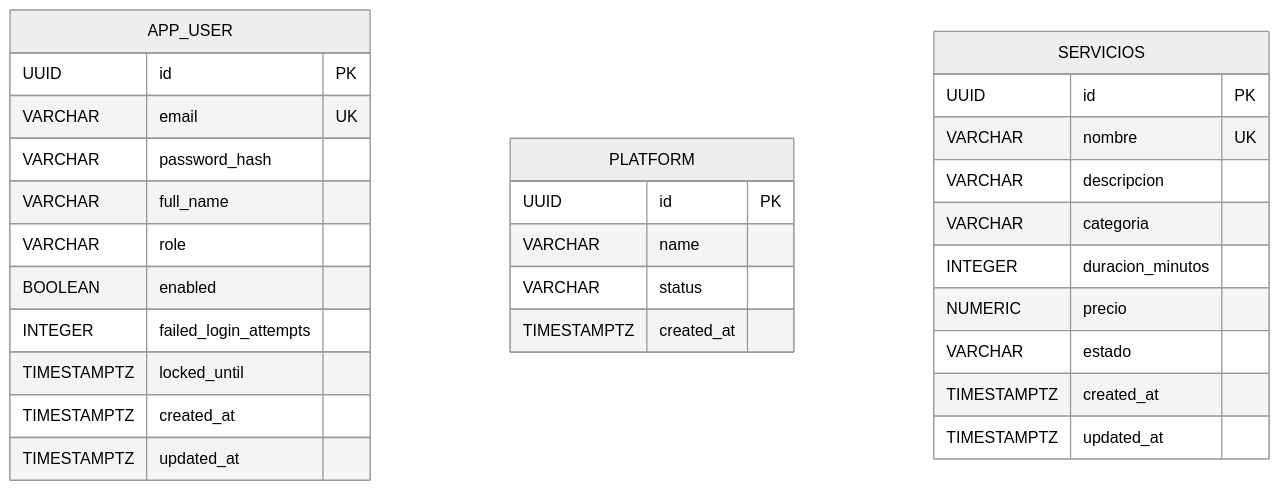
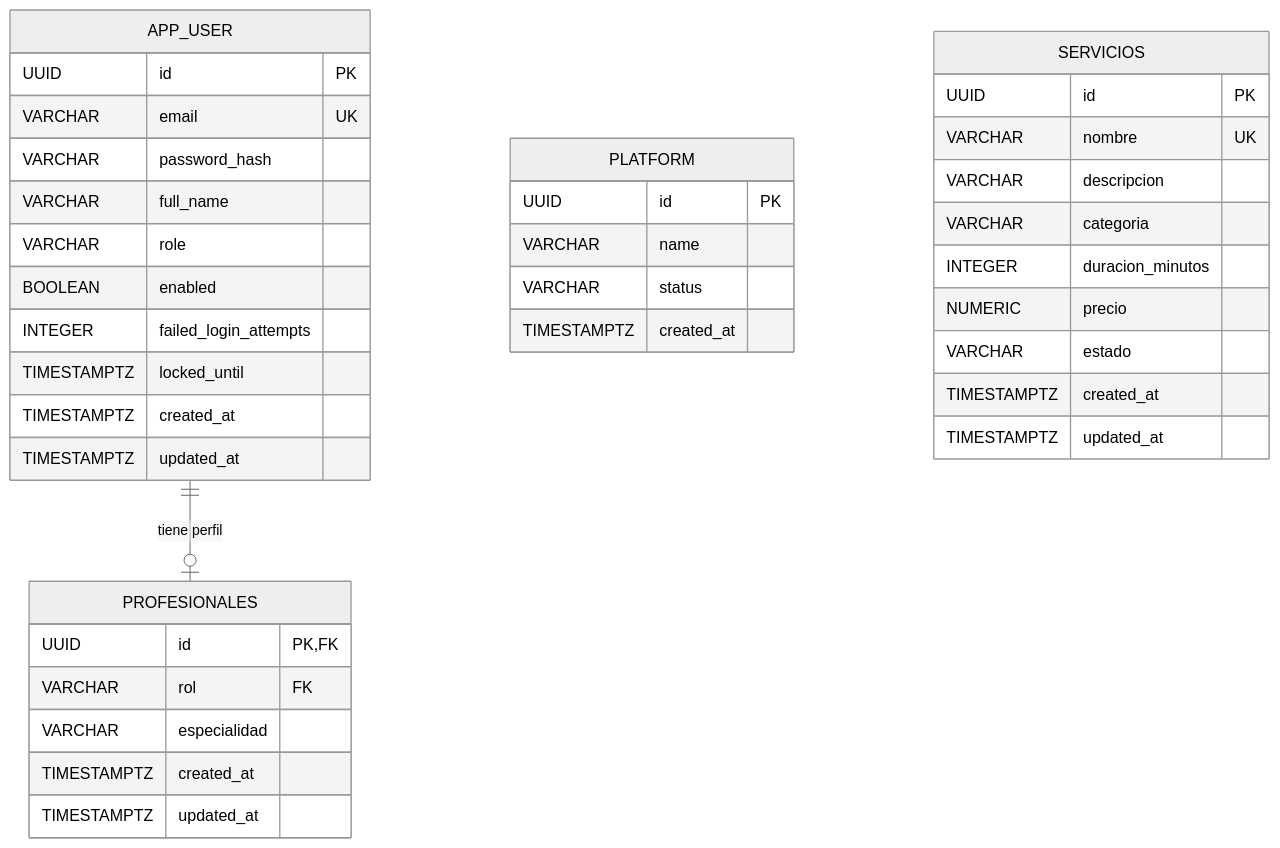
The diagram in README_BASE_DE_DATOS.md (Code-Factory-Bookly/backendcf), drawn with Mermaid (neutral theme) before and after one commit. The commit also changed other lines of this file and 5 other files, not shown here.

````diff
--- a/README_BASE_DE_DATOS.md
+++ b/README_BASE_DE_DATOS.md
@@ -13,32 +13,40 @@
 ```mermaid
 erDiagram
     APP_USER {
         UUID id PK
         VARCHAR email UK
         VARCHAR password_hash
         VARCHAR full_name
         VARCHAR role
         BOOLEAN enabled
         INTEGER failed_login_attempts
         TIMESTAMPTZ locked_until
         TIMESTAMPTZ created_at
         TIMESTAMPTZ updated_at
     }
     PLATFORM {
         UUID id PK
         VARCHAR name
         VARCHAR status
         TIMESTAMPTZ created_at
     }
     SERVICIOS {
         UUID id PK
         VARCHAR nombre UK
         VARCHAR descripcion
         VARCHAR categoria
         INTEGER duracion_minutos
         NUMERIC precio
         VARCHAR estado
         TIMESTAMPTZ created_at
         TIMESTAMPTZ updated_at
     }
+    PROFESIONALES {
+        UUID id PK, FK
+        VARCHAR rol FK
+        VARCHAR especialidad
+        TIMESTAMPTZ created_at
+        TIMESTAMPTZ updated_at
+    }
+  APP_USER ||--o| PROFESIONALES : "tiene perfil"
 ```
````
